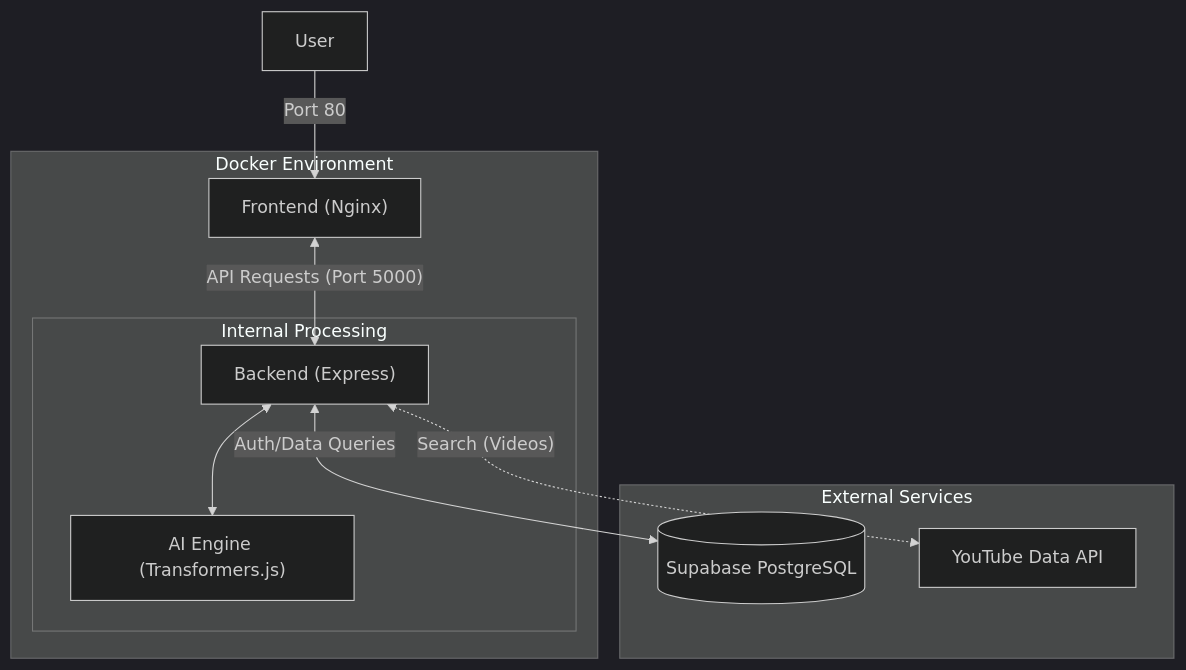
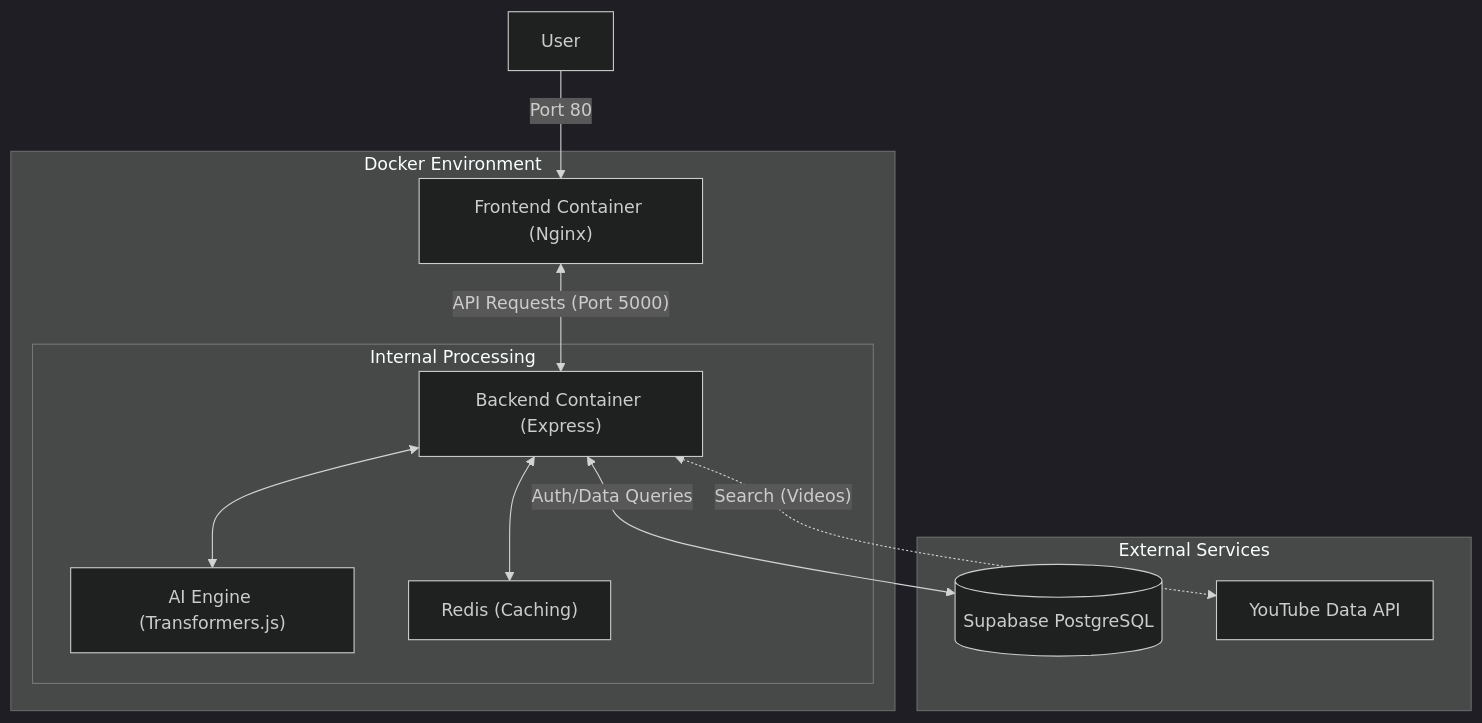
Before and after one commit to duhnuker/compAnIon: the diagram in README.md, drawn with Mermaid (dark theme). The commit also changed other lines of this file and 16 other files, not shown here.

Commit message:
redis for youtube api

````diff
--- a/README.md
+++ b/README.md
@@ -8,17 +8,18 @@
 ```mermaid
 graph TD
-    User[User] -->|"Port 80"| Frontend["Frontend (Nginx)"]
+    User[User] -->|"Port 80"| FrontCont["Frontend Container (Nginx)"]
     
     subgraph "Docker Environment"
-        Frontend <-->|"API Requests (Port 5000)"| Backend["Backend (Express)"]
+        FrontCont <-->|"API Requests (Port 5000)"| BackCont["Backend Container (Express)"]
         
         subgraph "Internal Processing"
-            Backend <--> AI["AI Engine (Transformers.js)"]
+            BackCont <--> AI["AI Engine (Transformers.js)"]
+            BackCont <--> Redis["Redis (Caching)"]
         end
     end
 
     subgraph "External Services"
-        Backend <-->|"Auth/Data Queries"| DB[("Supabase PostgreSQL")]
-        Backend <-.->|"Search (Videos)"| YT["YouTube Data API"]
+        BackCont <-->|"Auth/Data Queries"| DB[("Supabase PostgreSQL")]
+        BackCont <-.->|"Search (Videos)"| YT["YouTube Data API"]
     end
 ```
````
